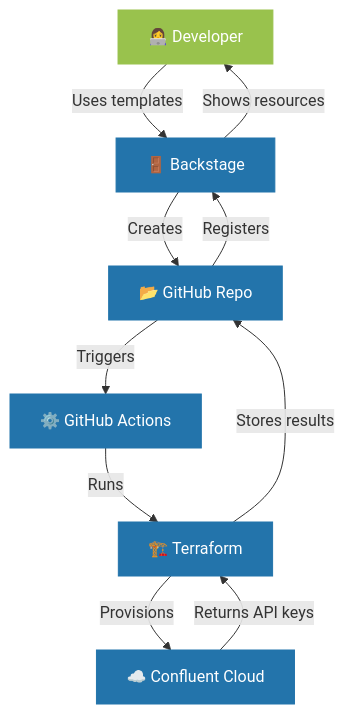
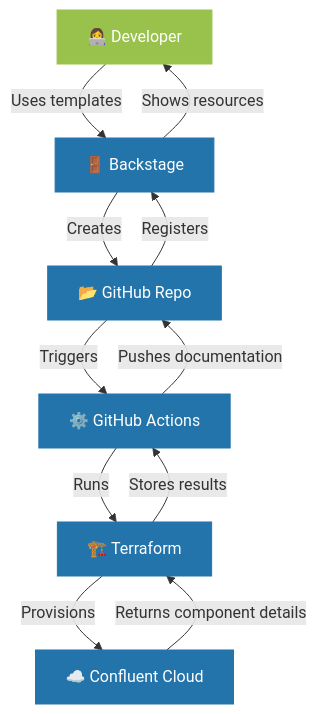
The diagram in content/blog/2025-03-16-confluent-self-service-with-backstage-part-1/index.md (dwessendorf/danielwessendorf.com), drawn with Mermaid before and after one commit. The commit also changed other lines of this file and 13 other files, not shown here.

````diff
--- a/content/blog/2025-03-16-confluent-self-service-with-backstage-part-1/index.md
+++ b/content/blog/2025-03-16-confluent-self-service-with-backstage-part-1/index.md
@@ -16,20 +16,21 @@
 ```mermaid
 flowchart TD
     User["👩‍💻 Developer"] -->|Uses templates| Backstage["🚪 Backstage"]
     
     Backstage -->|Creates| GitHub["📂 GitHub Repo"]
     GitHub -->|Triggers| Actions["⚙️ GitHub Actions"]
     Actions -->|Runs| Terraform["🏗️ Terraform"]
     Terraform -->|Provisions| Confluent["☁️ Confluent Cloud"]
     
-    Confluent -->|Returns API keys| Terraform
-    Terraform -->|Stores results| GitHub
+    Confluent -->|Returns component details| Terraform
+    Terraform -->|Stores results| Actions
+    Actions -->|Pushes documentation| GitHub
     GitHub -->|Registers| Backstage
     Backstage -->|Shows resources| User
     
     classDef blue fill:#2374ab,stroke:#2374ab,color:white
     classDef green fill:#99c24d,stroke:#99c24d,color:white
     
     class Backstage,GitHub,Actions,Terraform,Confluent blue
     class User green
 ```
````
